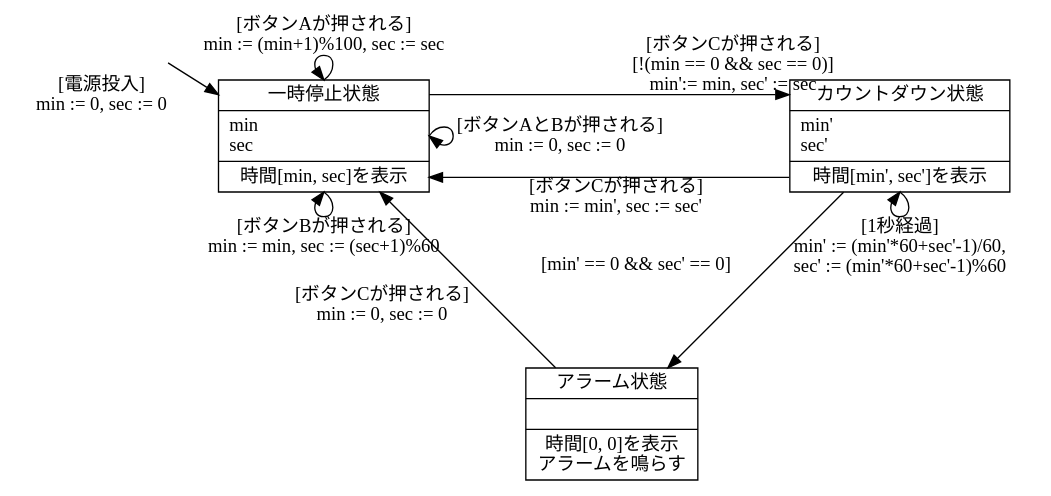
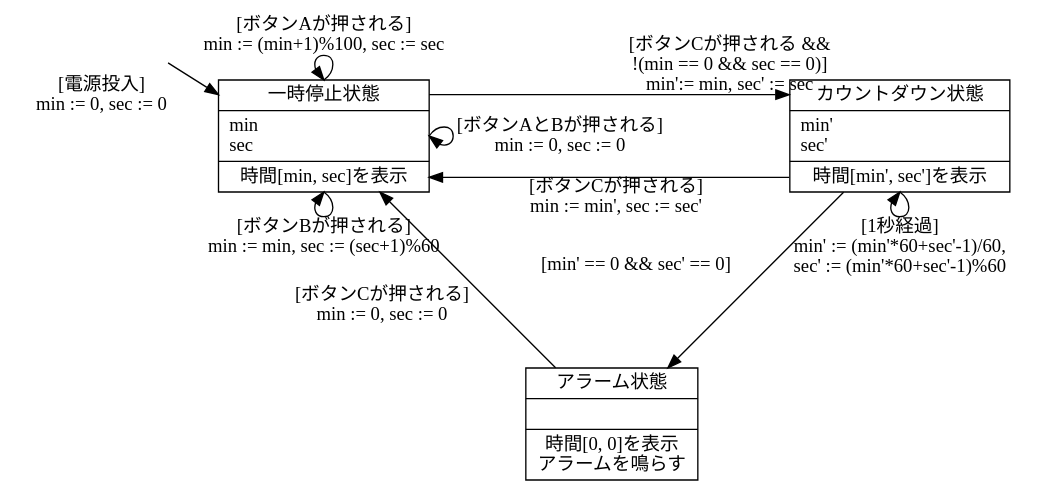
Before and after one commit to sfrp/mthesis: the diagram in figure/ktimer_state.dot, drawn with Graphviz. The commit also changed 1 other file, not shown here.

Commit message:
[figure][5章]条件の表記を[a][b]から[a && b]に修正

```diff
--- a/figure/ktimer_state.dot
+++ b/figure/ktimer_state.dot
@@ -1,57 +1,57 @@
 digraph ktimer_state {
   graph [
     layout = neato
   ];
   node [shape=record];
   start [
     style = invisible
     pos = "1,6!"
   ];
   wait [
     label = "{<head> 一時停止状態|<middle> min\lsec\l|<tail>時間[min, sec]を表示}"
     pos = "3,5!"
   ];
   cd [
     label = "{<head> カウントダウン状態|min'\lsec'\l|<tail>時間[min', sec']を表示}"
     pos = "9,5!"
   ];
   beep [
     label = "{<head> アラーム状態||<tail>時間[0, 0]を表示\nアラームを鳴らす}"
     pos = "6,2!"
   ];
 
   // From start
   start -> wait:head [
     label = "[電源投入]\nmin := 0, sec := 0"
   ];
 
   // From wait
   wait:head -> cd:head [
-    label = "[ボタンCが押される]\n[!(min == 0 && sec == 0)]\nmin':= min, sec' := sec"
+    label = "[ボタンCが押される &&\n!(min == 0 && sec == 0)]\nmin':= min, sec' := sec"
   ];
   wait:head-> wait:head [
     label = "[ボタンAが押される]\nmin := (min+1)%100, sec := sec"
   ];
   wait:middle -> wait:middle [
     label = "[ボタンAとBが押される]\nmin := 0, sec := 0"
   ];
   wait:tail -> wait:tail [
     label = "[ボタンBが押される]\nmin := min, sec := (sec+1)%60"
   ];
 
   // From cd
   cd:tail -> wait:tail [
     label = "[ボタンCが押される]\nmin := min', sec := sec'"
   ];
   cd:tail -> cd:tail [
     label = "[1秒経過]\nmin' := (min'*60+sec'-1)/60,\nsec' := (min'*60+sec'-1)%60"
   ];
   cd -> beep [
     label = "[min' == 0 && sec' == 0]"
   ];
 
   // From beep
   beep -> wait [
     label = "[ボタンCが押される]\nmin := 0, sec := 0"
   ];
 }
```
